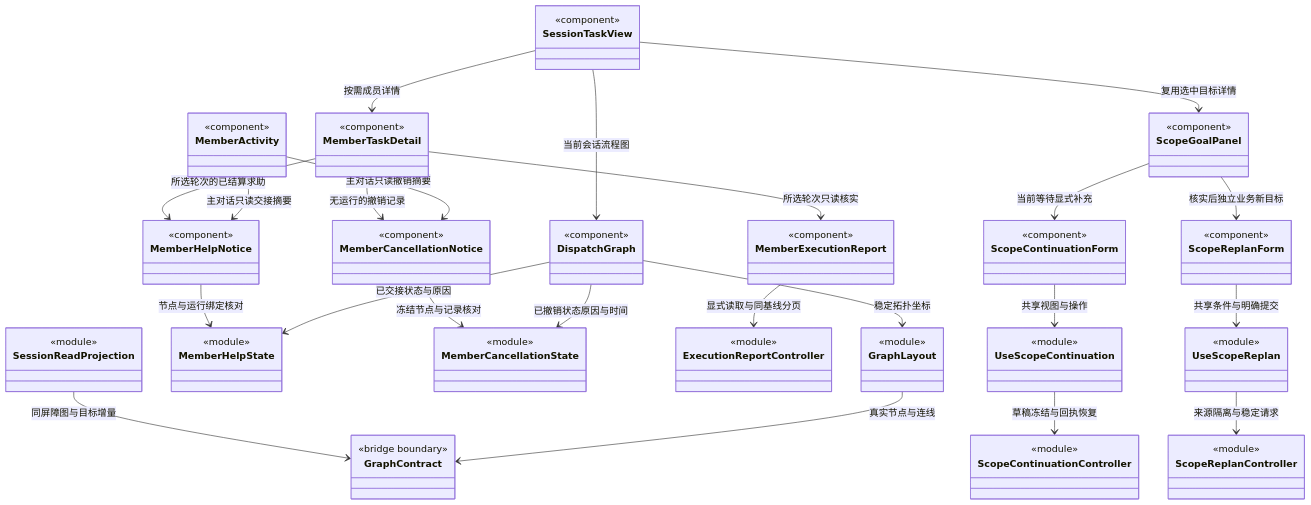
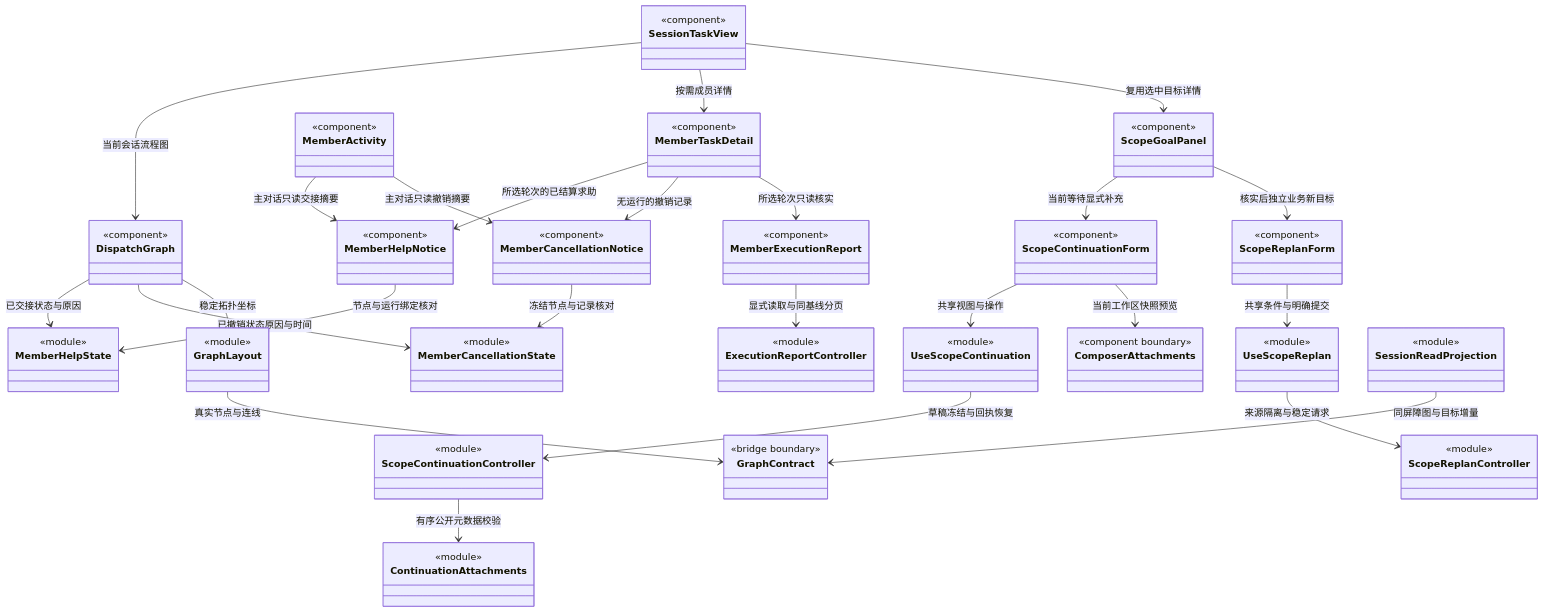
Before and after one commit to nan023062/cbim: the diagram in src/frontend/tasks/CONTRACT.md, drawn with Mermaid. The commit also changed other lines of this file and 41 other files, not shown here.

First line of the commit message:
feat: 支持安全等待时补充文件与图片

````diff
--- a/src/frontend/tasks/CONTRACT.md
+++ b/src/frontend/tasks/CONTRACT.md
@@ -202,45 +208,49 @@
 ```mermaid
 classDiagram
 class SessionTaskView { <<component>> }
 class DispatchGraph { <<component>> }
 class GraphLayout { <<module>> }
 class MemberTaskDetail { <<component>> }
 class MemberActivity { <<component>> }
 class MemberHelpNotice { <<component>> }
 class MemberHelpState { <<module>> }
 class MemberCancellationNotice { <<component>> }
 class MemberCancellationState { <<module>> }
 class MemberExecutionReport { <<component>> }
 class ExecutionReportController { <<module>> }
 class ScopeGoalPanel { <<component>> }
 class ScopeContinuationForm { <<component>> }
 class ScopeContinuationController { <<module>> }
+class ContinuationAttachments { <<module>> }
+class ComposerAttachments { <<component boundary>> }
 class UseScopeContinuation { <<module>> }
 class ScopeReplanForm { <<component>> }
 class ScopeReplanController { <<module>> }
 class UseScopeReplan { <<module>> }
 class SessionReadProjection { <<module>> }
 class GraphContract { <<bridge boundary>> }
 SessionTaskView --> DispatchGraph : 当前会话流程图
 SessionTaskView --> MemberTaskDetail : 按需成员详情
 MemberTaskDetail --> MemberHelpNotice : 所选轮次的已结算求助
 MemberActivity --> MemberHelpNotice : 主对话只读交接摘要
 MemberHelpNotice --> MemberHelpState : 节点与运行绑定核对
 DispatchGraph --> MemberHelpState : 已交接状态与原因
 MemberTaskDetail --> MemberCancellationNotice : 无运行的撤销记录
 MemberActivity --> MemberCancellationNotice : 主对话只读撤销摘要
 MemberCancellationNotice --> MemberCancellationState : 冻结节点与记录核对
 DispatchGraph --> MemberCancellationState : 已撤销状态原因与时间
 MemberTaskDetail --> MemberExecutionReport : 所选轮次只读核实
 MemberExecutionReport --> ExecutionReportController : 显式读取与同基线分页
 SessionTaskView --> ScopeGoalPanel : 复用选中目标详情
 ScopeGoalPanel --> ScopeContinuationForm : 当前等待显式补充
 ScopeContinuationForm --> UseScopeContinuation : 共享视图与操作
+ScopeContinuationForm --> ComposerAttachments : 当前工作区快照预览
 UseScopeContinuation --> ScopeContinuationController : 草稿冻结与回执恢复
+ScopeContinuationController --> ContinuationAttachments : 有序公开元数据校验
 ScopeGoalPanel --> ScopeReplanForm : 核实后独立业务新目标
 ScopeReplanForm --> UseScopeReplan : 共享条件与明确提交
 UseScopeReplan --> ScopeReplanController : 来源隔离与稳定请求
 SessionReadProjection --> GraphContract : 同屏障图与目标增量
 DispatchGraph --> GraphLayout : 稳定拓扑坐标
 GraphLayout --> GraphContract : 真实节点与连线
 ```
````
